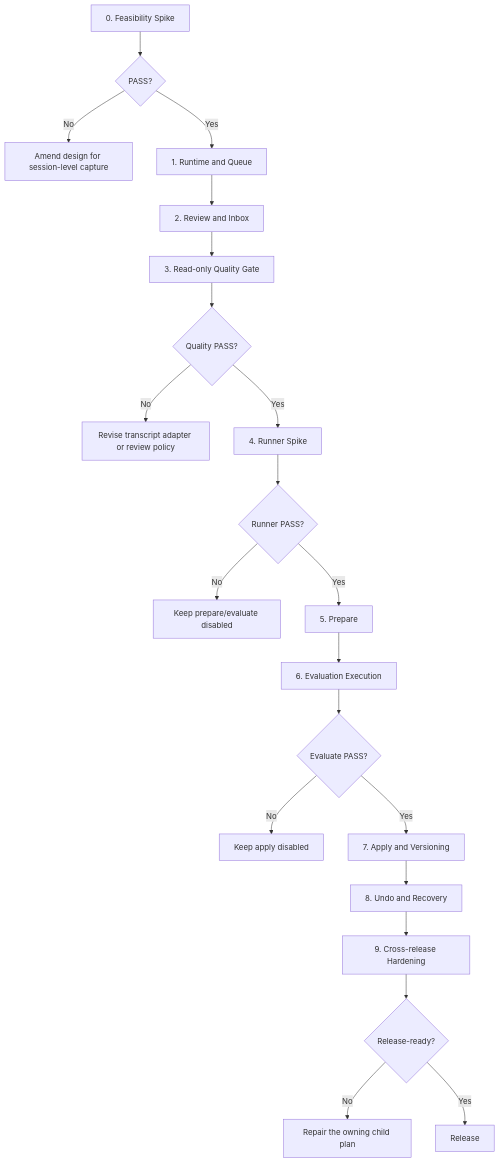
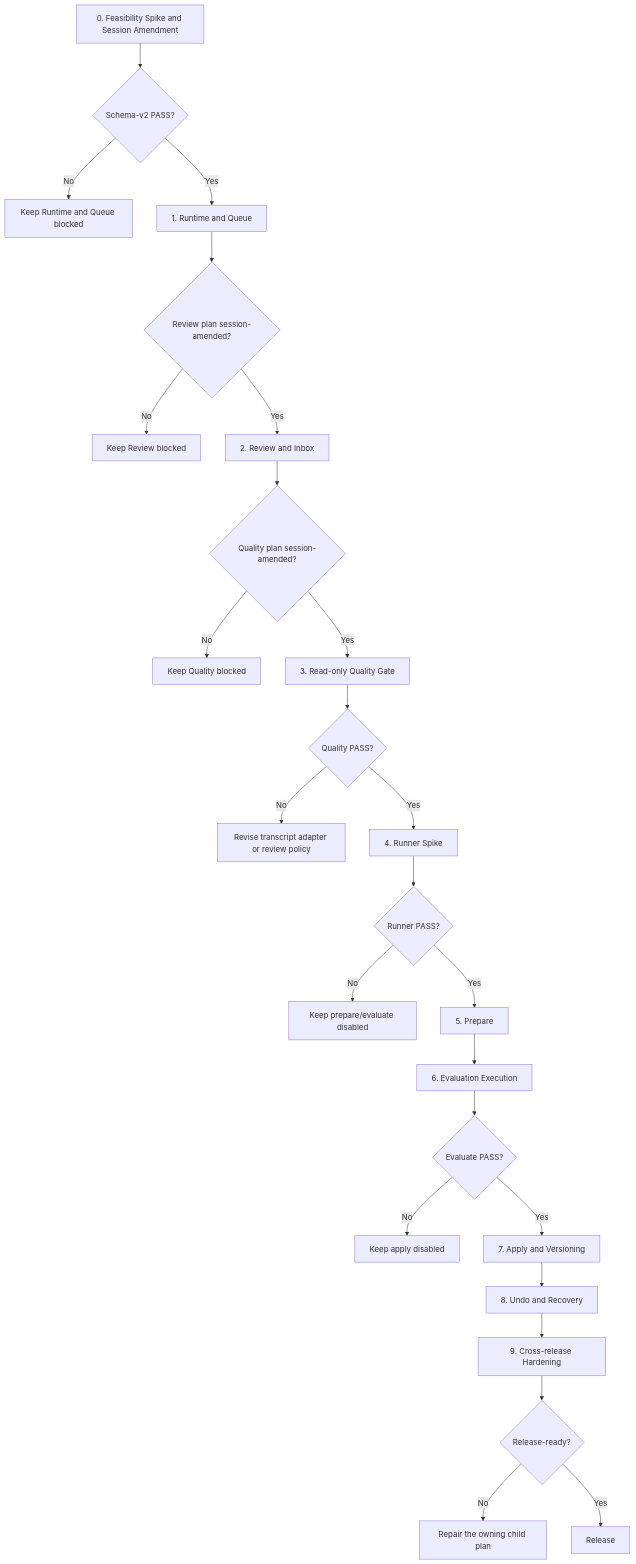
The diagram in docs/superpowers/plans/2026-07-26-skill-evolver-implementation-roadmap.md (gyungsubLee/skill-evolver), drawn with Mermaid before and after one commit. The commit also changed other lines of this file and 2 other files, not shown here.

Commit message:
docs(skill-evolver): plan session runtime queue

````diff
--- a/docs/superpowers/plans/2026-07-26-skill-evolver-implementation-roadmap.md
+++ b/docs/superpowers/plans/2026-07-26-skill-evolver-implementation-roadmap.md
@@ -63,23 +65,27 @@
 ```mermaid
 flowchart TD
-    F["0. Feasibility Spike"] --> FG{"PASS?"}
-    FG -->|No| FR["Amend design for session-level capture"]
+    F["0. Feasibility Spike and Session Amendment"] --> FG{"Schema-v2 PASS?"}
+    FG -->|No| FR["Keep Runtime and Queue blocked"]
     FG -->|Yes| Q["1. Runtime and Queue"]
-    Q --> R["2. Review and Inbox"]
-    R --> G["3. Read-only Quality Gate"]
+    Q --> RA{"Review plan session-amended?"}
+    RA -->|No| RB["Keep Review blocked"]
+    RA -->|Yes| R["2. Review and Inbox"]
+    R --> QA{"Quality plan session-amended?"}
+    QA -->|No| QB["Keep Quality blocked"]
+    QA -->|Yes| G["3. Read-only Quality Gate"]
     G --> GG{"Quality PASS?"}
     GG -->|No| GR["Revise transcript adapter or review policy"]
     GG -->|Yes| RS["4. Runner Spike"]
     RS --> RG{"Runner PASS?"}
     RG -->|No| RR["Keep prepare/evaluate disabled"]
     RG -->|Yes| P["5. Prepare"]
     P --> E["6. Evaluation Execution"]
     E --> EG{"Evaluate PASS?"}
     EG -->|No| ER["Keep apply disabled"]
     EG -->|Yes| A["7. Apply and Versioning"]
     A --> U["8. Undo and Recovery"]
     U --> H["9. Cross-release Hardening"]
     H --> HG{"Release-ready?"}
     HG -->|No| HR["Repair the owning child plan"]
     HG -->|Yes| DONE["Release"]
 ```
````
